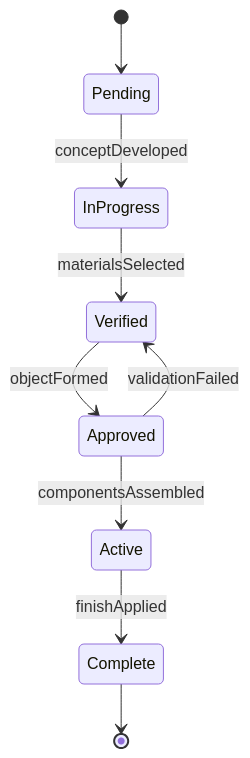
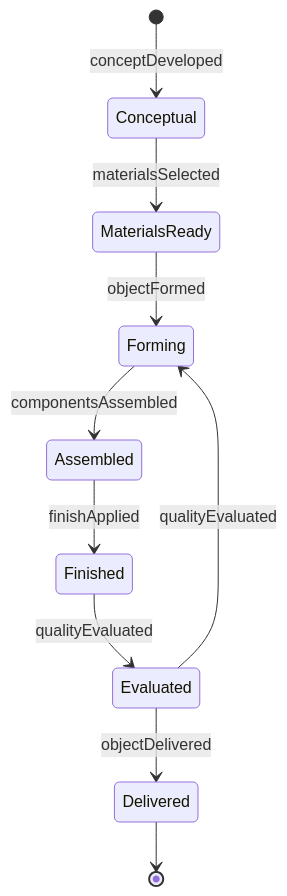
The second of 4 diagrams in HandlingAndMovingObjects/CreateDecorativeObjectsOrPartsOfObjects/ConstructDistinctivePhysicalObjectsArtistic.mdx (dot-org-ai/tasks.org.ai), drawn with Mermaid before and after one commit. The commit also changed other lines of this file and 515 other files, not shown here.

````diff
--- a/HandlingAndMovingObjects/CreateDecorativeObjectsOrPartsOfObjects/ConstructDistinctivePhysicalObjectsArtistic.mdx
+++ b/HandlingAndMovingObjects/CreateDecorativeObjectsOrPartsOfObjects/ConstructDistinctivePhysicalObjectsArtistic.mdx
@@ -98,11 +99,12 @@
 ```mermaid
 stateDiagram-v2
-    [*] --> Pending
-    Pending --> InProgress : conceptDeveloped
-    InProgress --> Verified : materialsSelected
-    Verified --> Approved : objectFormed
-    Approved --> Active : componentsAssembled
-    Active --> Complete : finishApplied
-    Approved --> Verified : validationFailed
-    Complete --> [*]
+    [*] --> Conceptual : conceptDeveloped
+    Conceptual --> MaterialsReady : materialsSelected
+    MaterialsReady --> Forming : objectFormed
+    Forming --> Assembled : componentsAssembled
+    Assembled --> Finished : finishApplied
+    Finished --> Evaluated : qualityEvaluated
+    Evaluated --> Delivered : objectDelivered
+    Evaluated --> Forming : qualityEvaluated
+    Delivered --> [*]
 ```
````
